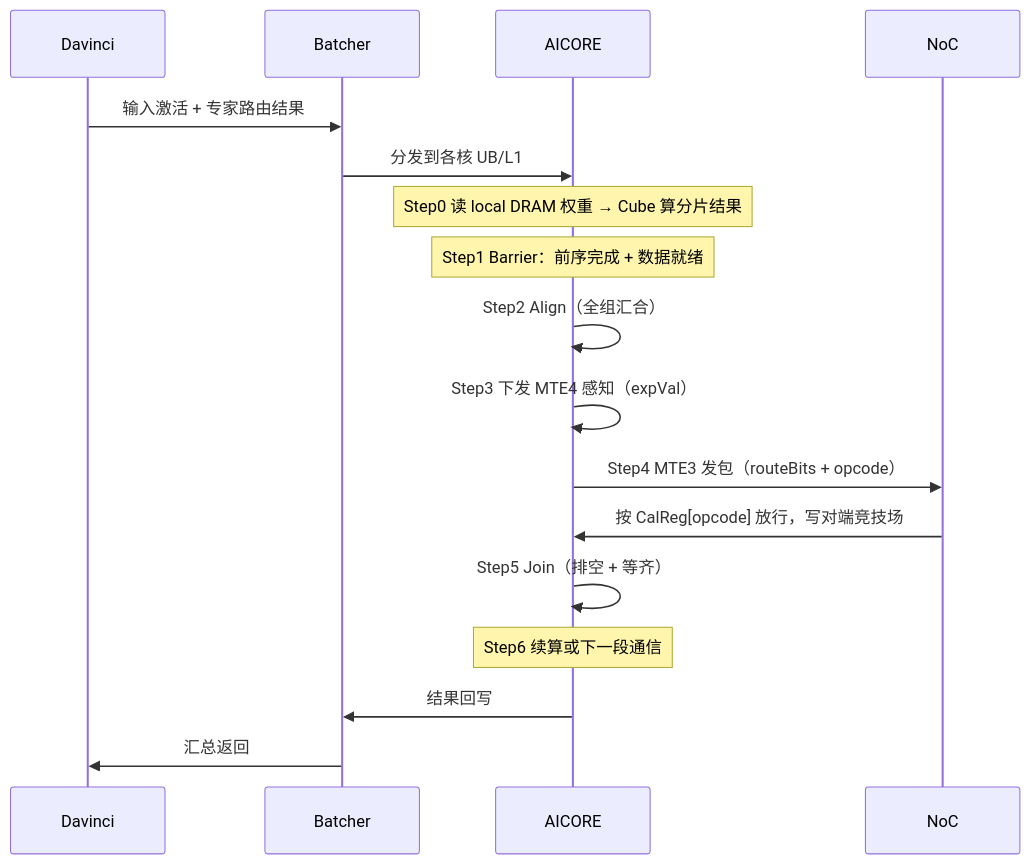
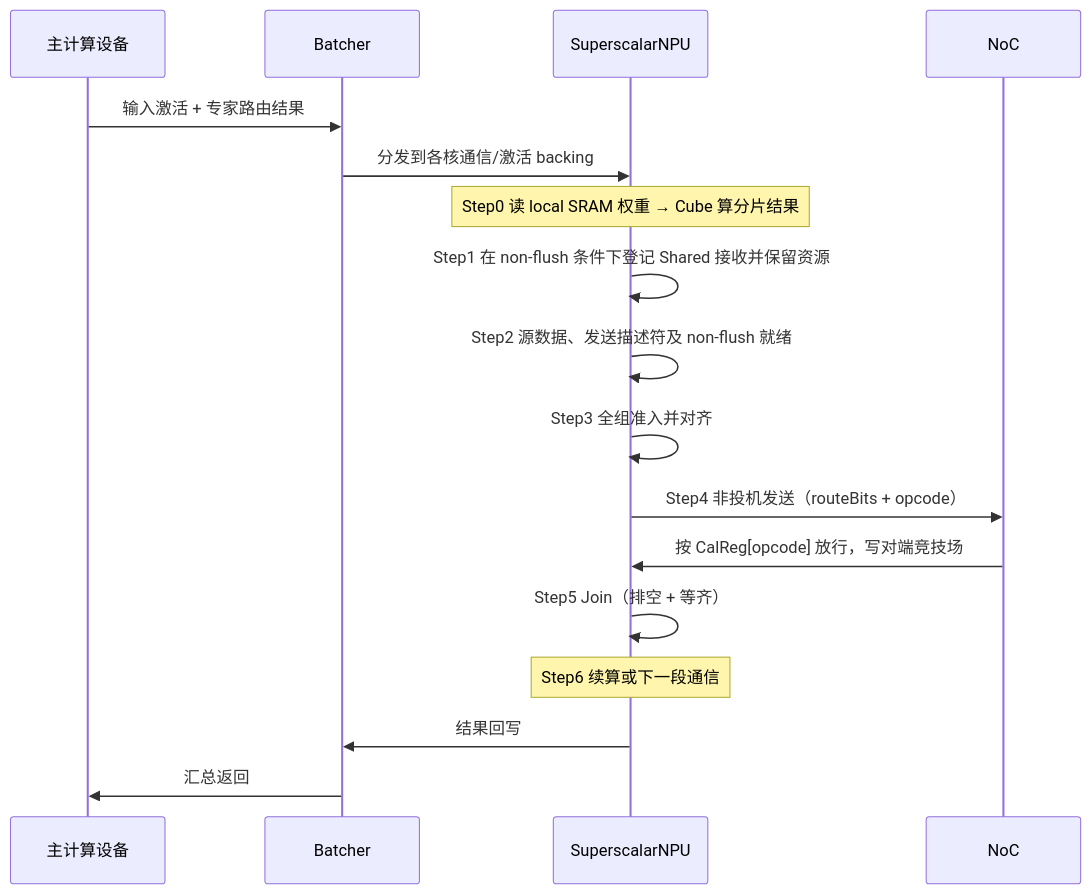
Before and after one commit to PTO-ISA/wse-model: the tenth of 12 diagrams in docs/design/wse-system-architecture-whitepaper.md, drawn with Mermaid. The commit also changed other lines of this file and 9 other files, not shown here.

First line of the commit message:
docs: define SuperscalarNPU cores, local SRAM and router interfaces for WSE (#4)

````diff
--- a/docs/design/wse-system-architecture-whitepaper.md
+++ b/docs/design/wse-system-architecture-whitepaper.md
@@ -735,19 +738,19 @@
 ```mermaid
 sequenceDiagram
-  participant D as Davinci
+  participant D as 主计算设备
   participant B as Batcher
-  participant C as AICORE
+  participant C as SuperscalarNPU
   participant N as NoC
   D->>B: 输入激活 + 专家路由结果
-  B->>C: 分发到各核 UB/L1
-  Note over C: Step0 读 local DRAM 权重 → Cube 算分片结果
-  Note over C: Step1 Barrier：前序完成 + 数据就绪
-  C->>C: Step2 Align（全组汇合）
-  C->>C: Step3 下发 MTE4 感知（expVal）
-  C->>N: Step4 MTE3 发包（routeBits + opcode）
+  B->>C: 分发到各核通信/激活 backing
+  Note over C: Step0 读 local SRAM 权重 → Cube 算分片结果
+  C->>C: Step1 在 non-flush 条件下登记 Shared 接收并保留资源
+  C->>C: Step2 源数据、发送描述符及 non-flush 就绪
+  C->>C: Step3 全组准入并对齐
+  C->>N: Step4 非投机发送（routeBits + opcode）
   N->>C: 按 CalReg[opcode] 放行，写对端竞技场
   C->>C: Step5 Join（排空 + 等齐）
   Note over C: Step6 续算或下一段通信
   C->>B: 结果回写
   B->>D: 汇总返回
 ```
````
